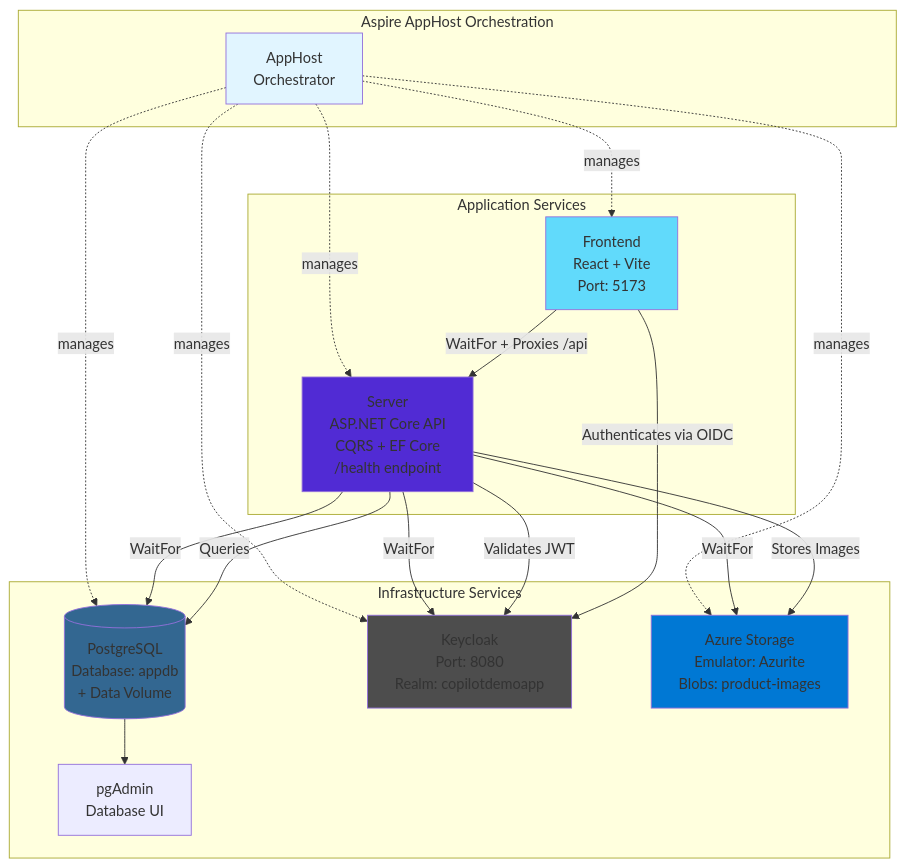
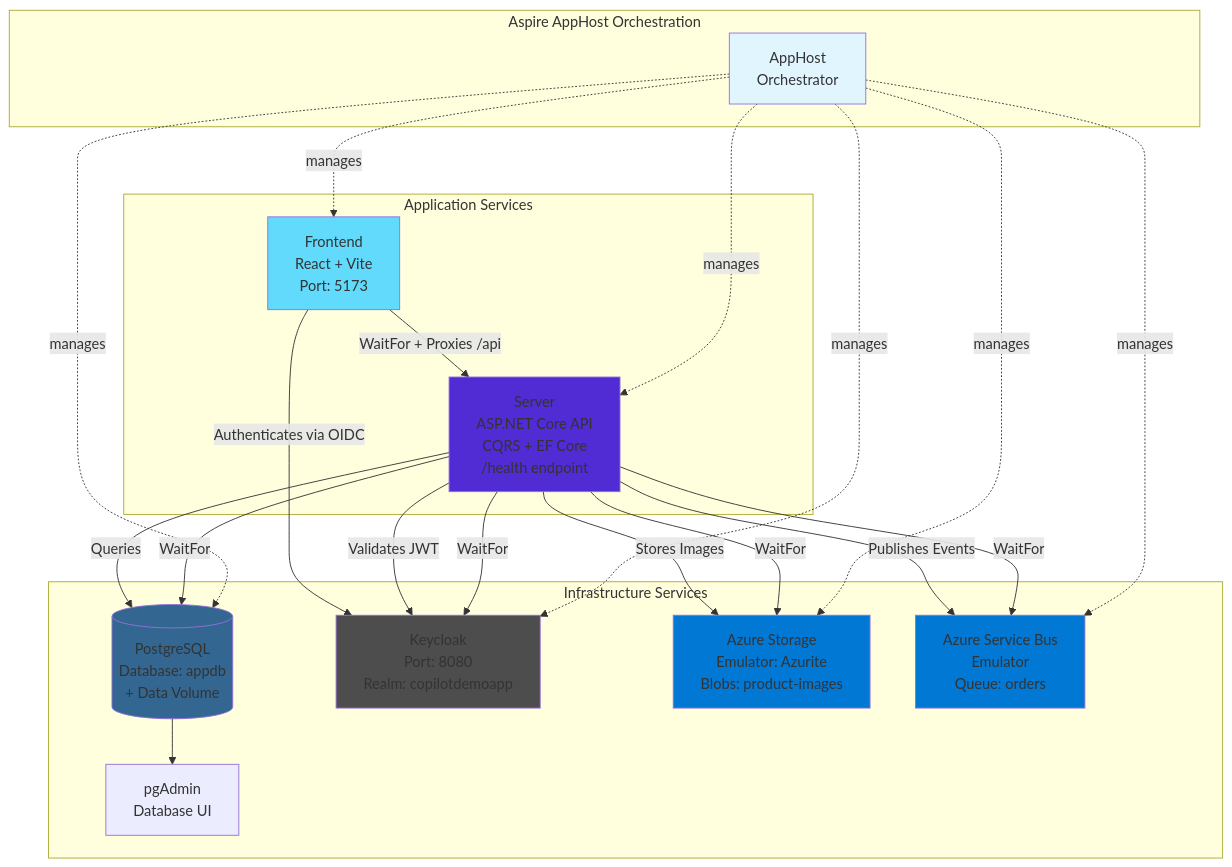
The diagram in README.md (ChrisDusyk/AspireStoreDemo), drawn with Mermaid before and after one commit. The commit also changed other lines of this file, not shown here.

````diff
--- a/README.md
+++ b/README.md
@@ -9,41 +9,46 @@
 ```mermaid
 graph TB
     subgraph "Aspire AppHost Orchestration"
         AppHost[AppHost<br/>Orchestrator]
     end
 
     subgraph "Infrastructure Services"
         PG[(PostgreSQL<br/>Database: appdb<br/>+ Data Volume)]
         KC[Keycloak<br/>Port: 8080<br/>Realm: copilotdemoapp]
         PGA[pgAdmin<br/>Database UI]
         AZ[Azure Storage<br/>Emulator: Azurite<br/>Blobs: product-images]
+        SB[Azure Service Bus<br/>Emulator<br/>Queue: orders]
     end
 
     subgraph "Application Services"
         API[Server<br/>ASP.NET Core API<br/>CQRS + EF Core<br/>/health endpoint]
         FE[Frontend<br/>React + Vite<br/>Port: 5173]
     end
 
     AppHost -.manages.-> PG
     AppHost -.manages.-> KC
     AppHost -.manages.-> AZ
+    AppHost -.manages.-> SB
     AppHost -.manages.-> API
     AppHost -.manages.-> FE
 
     PG --> PGA
     API -->|WaitFor| PG
     API -->|WaitFor| KC
     API -->|WaitFor| AZ
+    API -->|WaitFor| SB
     API -->|Validates JWT| KC
     API -->|Stores Images| AZ
+    API -->|Publishes Events| SB
     FE -->|WaitFor + Proxies /api| API
     FE -->|Authenticates via OIDC| KC
     API -->|Queries| PG
 
     style AppHost fill:#e1f5ff
     style PG fill:#336791
     style KC fill:#4d4d4d
     style AZ fill:#0078d4
+    style SB fill:#0078d4
     style API fill:#512bd4
     style FE fill:#61dafb
 ```
````
